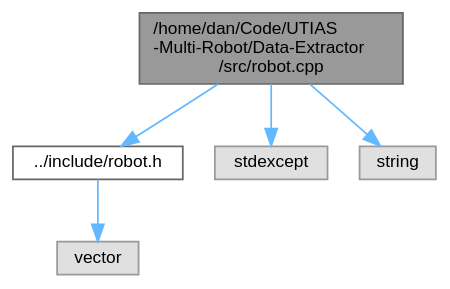
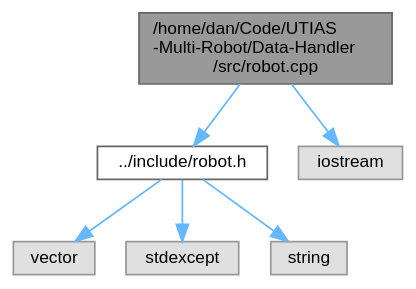
The diagram in docs/robot_8cpp__incl.dot (DanielIngham/Cooperative-Positioning-Data-Handler), drawn with Graphviz before and after one commit. The commit also changed 62 other files, not shown here.

```diff
--- a/docs/robot_8cpp__incl.dot
+++ b/docs/robot_8cpp__incl.dot
@@ -1,16 +1,18 @@
-digraph "/home/dan/Code/UTIAS-Multi-Robot/Data-Extractor/src/robot.cpp"
+digraph "/home/dan/Code/UTIAS-Multi-Robot/Data-Handler/src/robot.cpp"
 {
  // LATEX_PDF_SIZE
   bgcolor="transparent";
   edge [fontname=Helvetica,fontsize=10,labelfontname=Helvetica,labelfontsize=10];
   node [fontname=Helvetica,fontsize=10,shape=box,height=0.2,width=0.4];
-  Node1 [id="Node000001",label="/home/dan/Code/UTIAS\l-Multi-Robot/Data-Extractor\l/src/robot.cpp",height=0.2,width=0.4,color="gray40", fillcolor="grey60", style="filled", fontcolor="black",tooltip=" "];
+  Node1 [id="Node000001",label="/home/dan/Code/UTIAS\l-Multi-Robot/Data-Handler\l/src/robot.cpp",height=0.2,width=0.4,color="gray40", fillcolor="grey60", style="filled", fontcolor="black",tooltip=" "];
   Node1 -> Node2 [id="edge1_Node000001_Node000002",color="steelblue1",style="solid",tooltip=" "];
-  Node2 [id="Node000002",label="../include/robot.h",height=0.2,width=0.4,color="grey40", fillcolor="white", style="filled",URL="$robot_8h.html",tooltip=" "];
+  Node2 [id="Node000002",label="../include/robot.h",height=0.2,width=0.4,color="grey40", fillcolor="white", style="filled",URL="$robot_8h.html",tooltip="Header file of the Robot class."];
   Node2 -> Node3 [id="edge2_Node000002_Node000003",color="steelblue1",style="solid",tooltip=" "];
   Node3 [id="Node000003",label="vector",height=0.2,width=0.4,color="grey60", fillcolor="#E0E0E0", style="filled",tooltip=" "];
-  Node1 -> Node4 [id="edge3_Node000001_Node000004",color="steelblue1",style="solid",tooltip=" "];
+  Node2 -> Node4 [id="edge3_Node000002_Node000004",color="steelblue1",style="solid",tooltip=" "];
   Node4 [id="Node000004",label="stdexcept",height=0.2,width=0.4,color="grey60", fillcolor="#E0E0E0", style="filled",tooltip=" "];
-  Node1 -> Node5 [id="edge4_Node000001_Node000005",color="steelblue1",style="solid",tooltip=" "];
+  Node2 -> Node5 [id="edge4_Node000002_Node000005",color="steelblue1",style="solid",tooltip=" "];
   Node5 [id="Node000005",label="string",height=0.2,width=0.4,color="grey60", fillcolor="#E0E0E0", style="filled",tooltip=" "];
+  Node1 -> Node6 [id="edge5_Node000001_Node000006",color="steelblue1",style="solid",tooltip=" "];
+  Node6 [id="Node000006",label="iostream",height=0.2,width=0.4,color="grey60", fillcolor="#E0E0E0", style="filled",tooltip=" "];
 }
```
